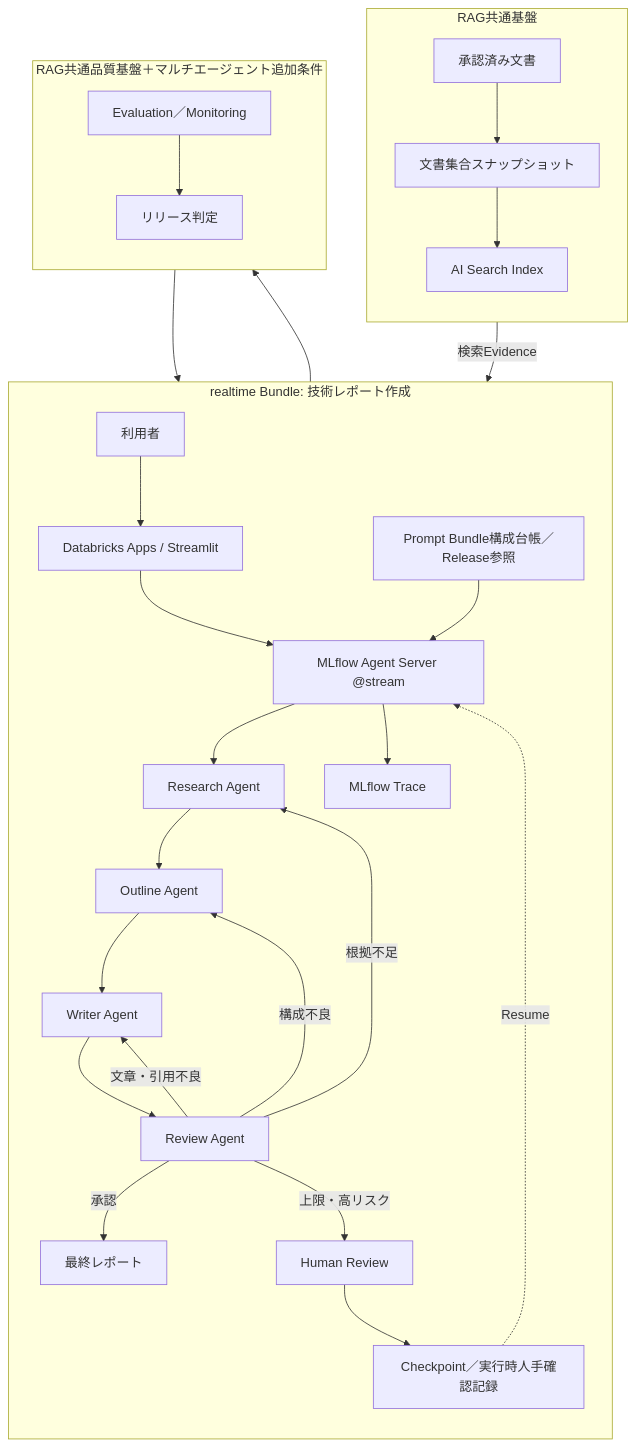
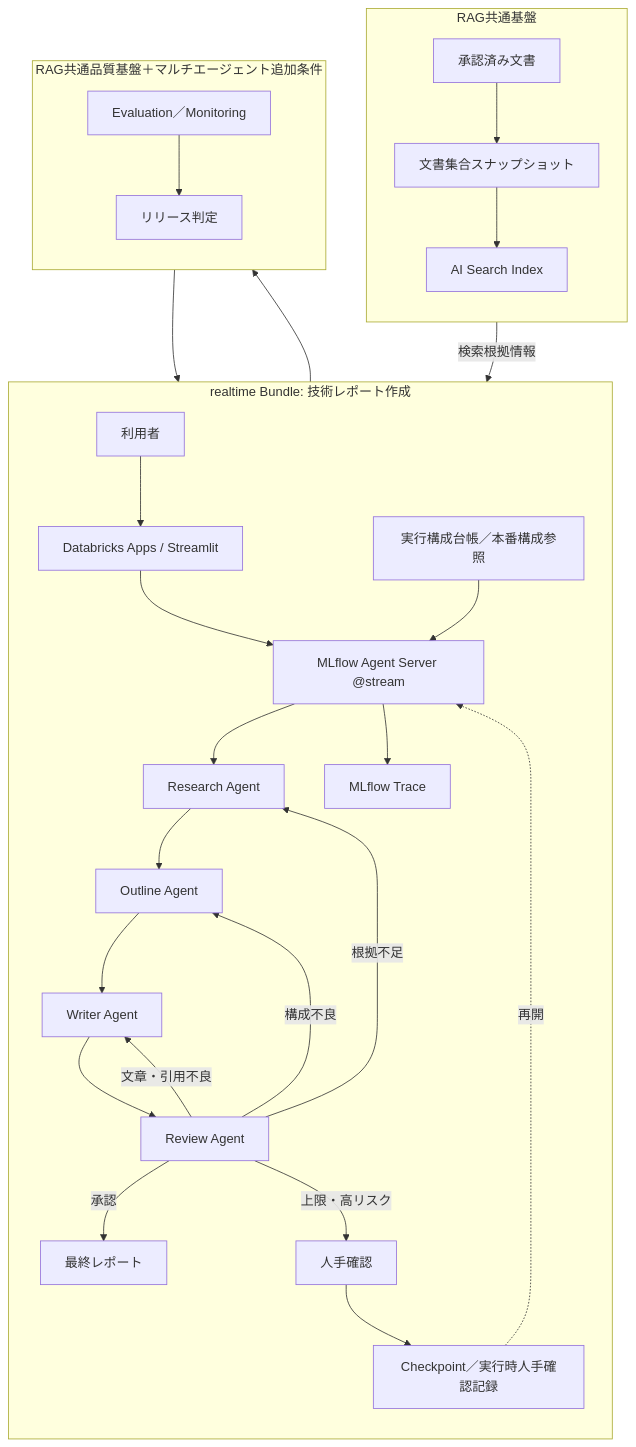
One commit to junTaniguchi/llm_ops changed diagram 12 of 18 in 技術レポート作成マルチエージェント_完成版.md. Above: the diagram before and after it, drawn with Mermaid. The commit also changed other lines of this file, not shown here.

````diff
--- a/技術レポート作成マルチエージェント_完成版.md
+++ b/技術レポート作成マルチエージェント_完成版.md
@@ -2356,35 +2680,35 @@
 ```mermaid
 flowchart TB
     subgraph Knowledge["RAG共通基盤"]
         direction TB
         V["承認済み文書"] --> SNAP["文書集合スナップショット"]
         SNAP --> I["AI Search Index"]
     end
 
     subgraph Realtime["realtime Bundle: 技術レポート作成"]
         direction TB
         U["利用者"] --> UI["Databricks Apps / Streamlit"]
         UI --> AS["MLflow Agent Server @stream"]
-        PB["Prompt Bundle構成台帳／Release参照"] --> AS
+        PB["実行構成台帳／本番構成参照"] --> AS
         AS --> RA["Research Agent"]
-        I -->|検索Evidence| RA
+        I -->|検索根拠情報| RA
         RA --> OA["Outline Agent"]
         OA --> WA["Writer Agent"]
         WA --> RV["Review Agent"]
         RV -->|承認| FR["最終レポート"]
         RV -->|根拠不足| RA
         RV -->|構成不良| OA
         RV -->|文章・引用不良| WA
-        RV -->|上限・高リスク| HR["Human Review"]
+        RV -->|上限・高リスク| HR["人手確認"]
         HR --> CP["Checkpoint／実行時人手確認記録"]
-        CP -.->|Resume| AS
+        CP -.->|再開| AS
         AS --> T["MLflow Trace"]
     end
 
     subgraph Quality["RAG共通品質基盤＋マルチエージェント追加条件"]
         direction TB
         T --> EV["Evaluation／Monitoring"]
         EV --> G["リリース判定"]
         G --> PB
     end
 ```
````
